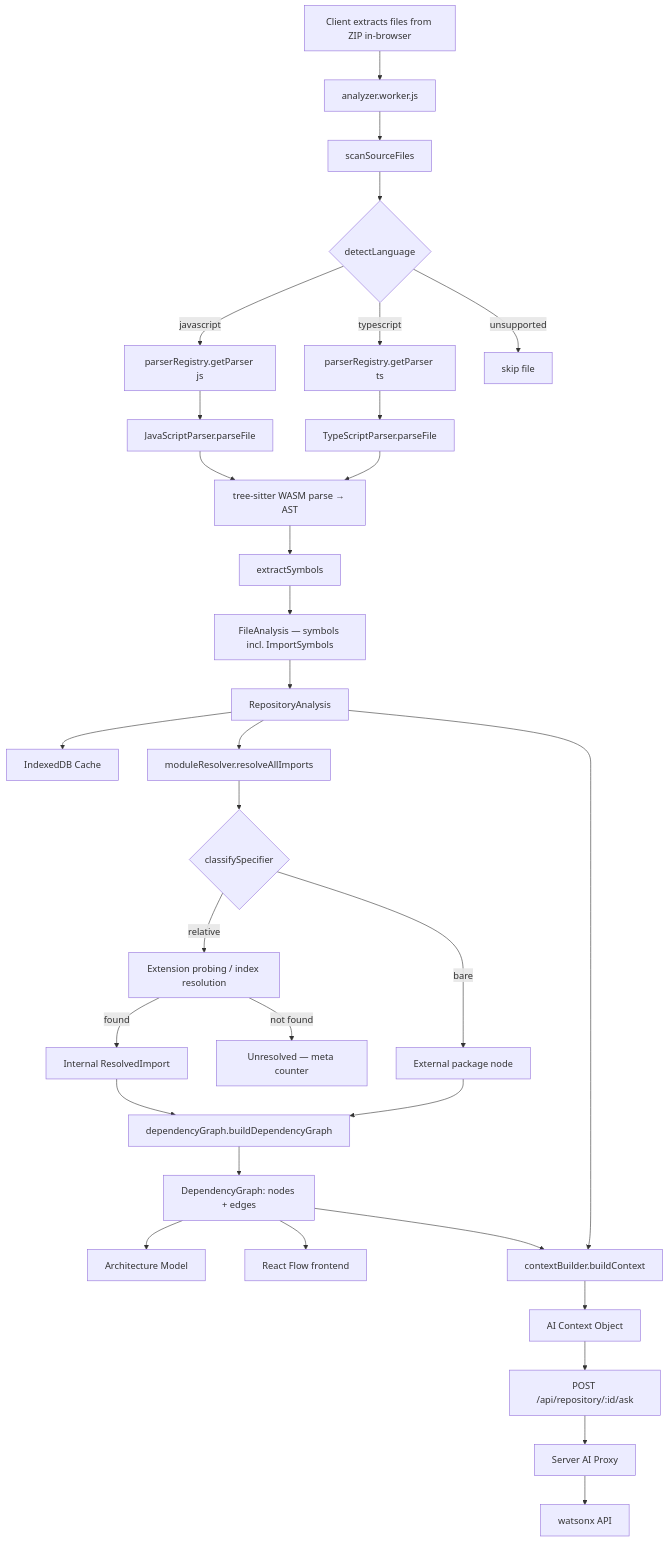
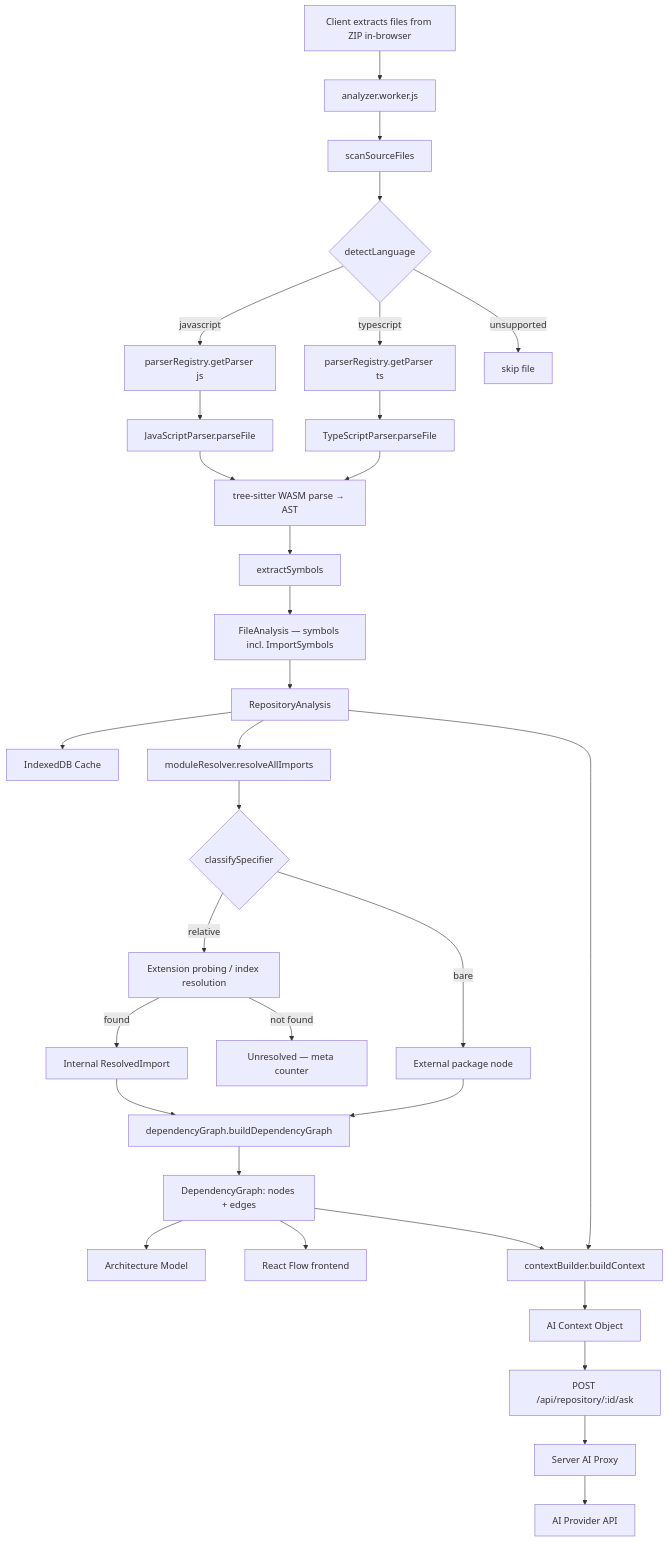
The diagram in docs/architecture/analysis-layer.md (KoushikGit2024/CodeLens), drawn with Mermaid before and after one commit. The commit also changed 45 other files, not shown here.

Commit message:
Improved Schemantic search

````diff
--- a/docs/architecture/analysis-layer.md
+++ b/docs/architecture/analysis-layer.md
@@ -11,34 +11,34 @@
 ```mermaid
 flowchart TD
     A[Client extracts files from ZIP in-browser] --> B[analyzer.worker.js]
     B --> C[scanSourceFiles]
     C --> D{detectLanguage}
     D -->|javascript| E[parserRegistry.getParser js]
     D -->|typescript| F[parserRegistry.getParser ts]
     D -->|unsupported| G[skip file]
     E --> H[JavaScriptParser.parseFile]
     F --> I[TypeScriptParser.parseFile]
     H --> J[tree-sitter WASM parse → AST]
     I --> J
     J --> K[extractSymbols]
     K --> L[FileAnalysis — symbols incl. ImportSymbols]
     L --> M[RepositoryAnalysis]
     M --> N[IndexedDB Cache]
     M --> P[moduleResolver.resolveAllImports]
     P --> Q{classifySpecifier}
     Q -->|relative| R[Extension probing / index resolution]
     Q -->|bare| S[External package node]
     R -->|found| T[Internal ResolvedImport]
     R -->|not found| U[Unresolved — meta counter]
     T --> V[dependencyGraph.buildDependencyGraph]
     S --> V
     V --> W[DependencyGraph: nodes + edges]
     W --> X[Architecture Model]
     W --> Y[React Flow frontend]
     M --> Z1[contextBuilder.buildContext]
     W --> Z1
     Z1 --> Z2[AI Context Object]
     Z2 --> Z3[POST /api/repository/:id/ask]
     Z3 --> Z4[Server AI Proxy]
-    Z4 --> Z5[watsonx API]
+    Z4 --> Z5[AI Provider API]
 ```
````
